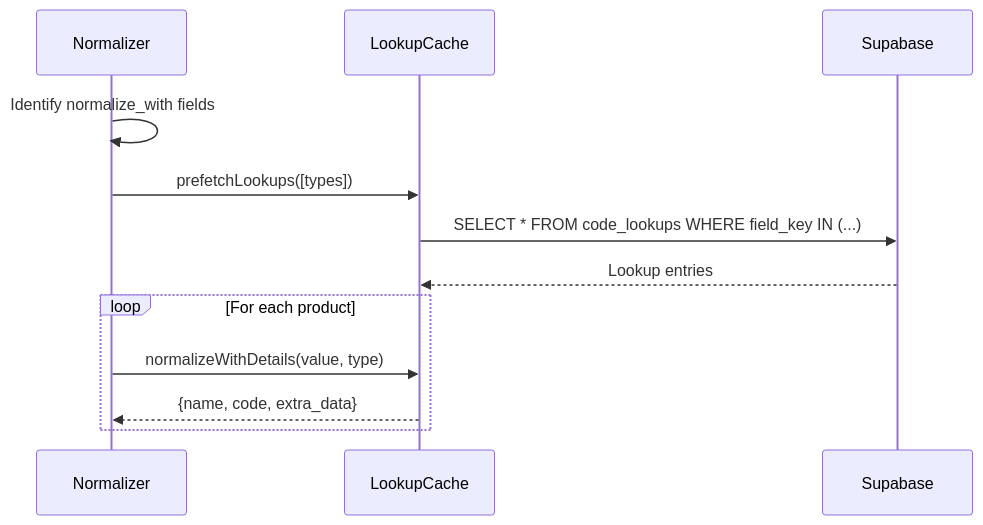
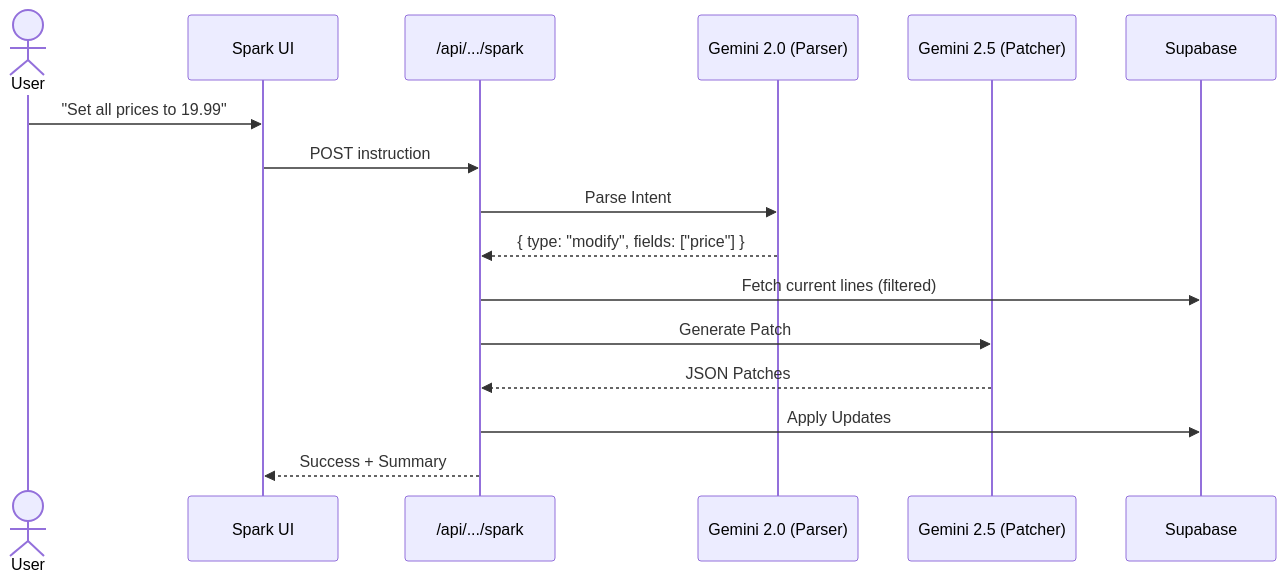
Before and after one commit to alexvcodesphere/ingestry: the fifth of 6 diagrams in docs/arc42.md, drawn with Mermaid. The commit also changed other lines of this file and 6 other files, not shown here.

````diff
--- a/docs/arc42.md
+++ b/docs/arc42.md
@@ -287,15 +281,19 @@
 ```mermaid
 sequenceDiagram
-    participant N as Normalizer
-    participant Cache as LookupCache
+    actor User
+    participant UI as Spark UI
+    participant API as /api/.../spark
+    participant P1 as Gemini 2.0 (Parser)
+    participant P2 as Gemini 2.5 (Patcher)
     participant DB as Supabase
 
-    N->>N: Identify normalize_with fields
-    N->>Cache: prefetchLookups([types])
-    Cache->>DB: SELECT * FROM code_lookups WHERE field_key IN (...)
-    DB-->>Cache: Lookup entries
-    loop For each product
-        N->>Cache: normalizeWithDetails(value, type)
-        Cache-->>N: {name, code, extra_data}
-    end
+    User->>UI: "Set all prices to 19.99"
+    UI->>API: POST instruction
+    API->>P1: Parse Intent
+    P1-->>API: { type: "modify", fields: ["price"] }
+    API->>DB: Fetch current lines (filtered)
+    API->>P2: Generate Patch
+    P2-->>API: JSON Patches
+    API->>DB: Apply Updates
+    API-->>UI: Success + Summary
 ```
````
